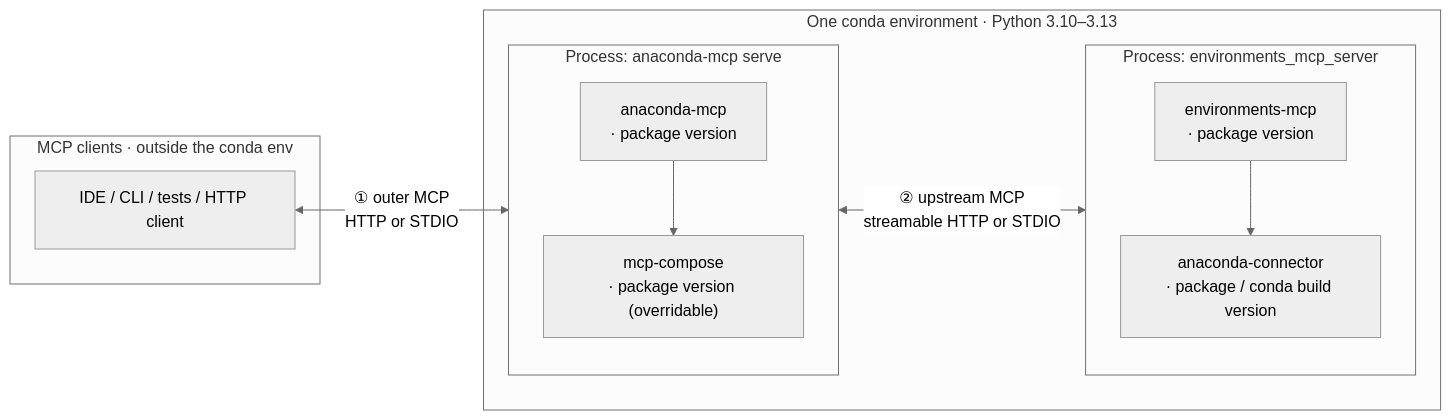
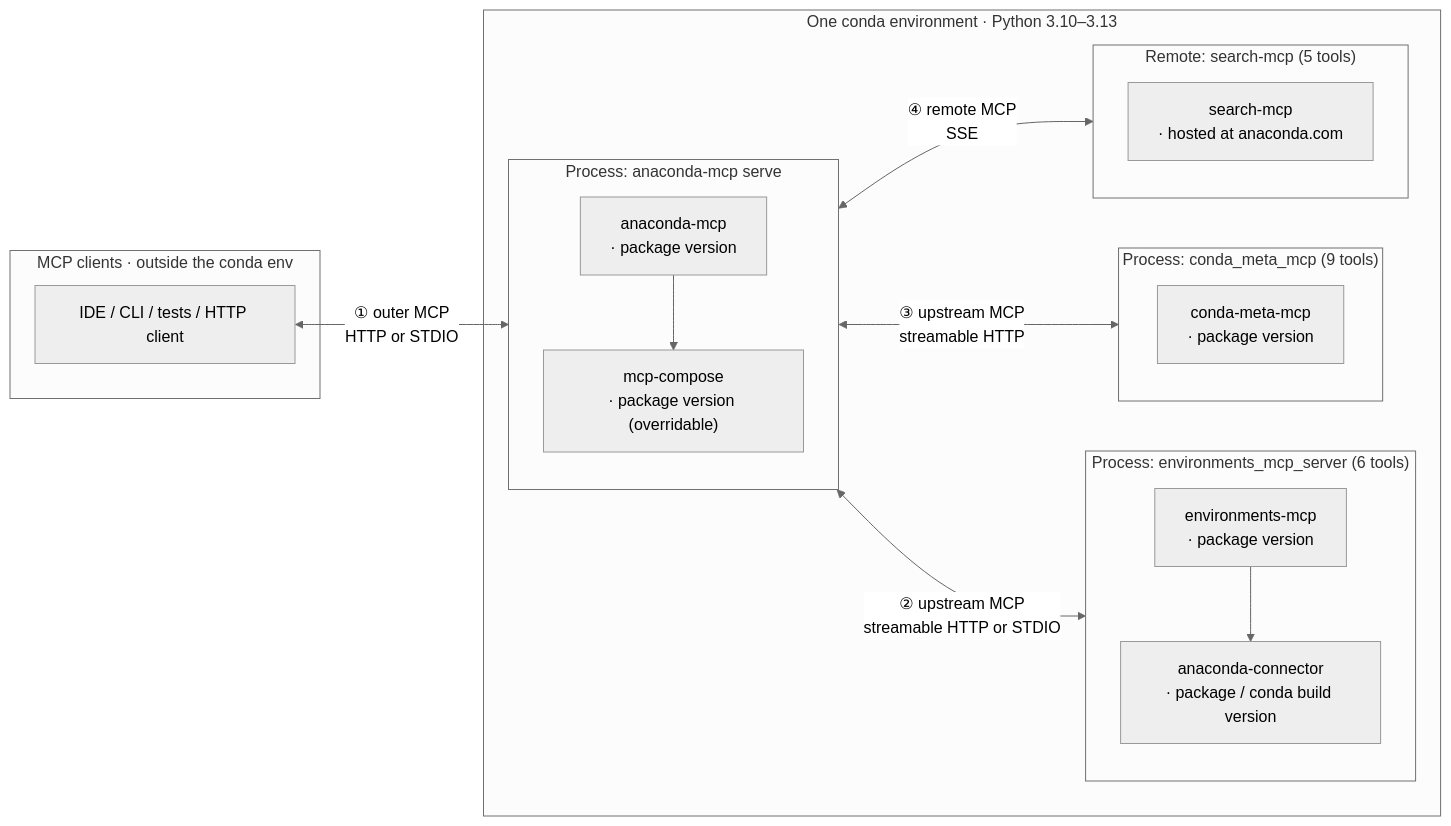
The diagram in tests/qa/mcp_tools/_docs/architecture.md (anaconda/anaconda-mcp), drawn with Mermaid (neutral theme) before and after one commit. The commit also changed other lines of this file and 8 other files, not shown here.

````diff
--- a/tests/qa/mcp_tools/_docs/architecture.md
+++ b/tests/qa/mcp_tools/_docs/architecture.md
@@ -15,26 +15,38 @@
 ```mermaid
 flowchart LR
   subgraph clients["MCP clients  ·  outside the conda env"]
     CL["IDE / CLI / tests / HTTP client"]
   end
 
   subgraph cenv["One conda environment  ·  Python 3.10–3.13"]
     subgraph amp["Process: anaconda-mcp serve"]
       direction TB
       AM["anaconda-mcp<br/>· package version"]
       MC["mcp-compose<br/>· package version (overridable)"]
       AM --> MC
     end
 
-    subgraph ems["Process: environments_mcp_server"]
+    subgraph ems["Process: environments_mcp_server (6 tools)"]
       direction TB
       EM["environments-mcp<br/>· package version"]
       AC["anaconda-connector<br/>· package / conda build version"]
       EM --> AC
     end
 
+    subgraph cmm["Process: conda_meta_mcp (9 tools)"]
+      direction TB
+      CM["conda-meta-mcp<br/>· package version"]
+    end
+
+    subgraph sms["Remote: search-mcp (5 tools)"]
+      direction TB
+      SM["search-mcp<br/>· hosted at anaconda.com"]
+    end
+
     MC <-->|"② upstream MCP<br/>streamable HTTP or STDIO"| EM
+    MC <-->|"③ upstream MCP<br/>streamable HTTP"| CM
+    MC <-->|"④ remote MCP<br/>SSE"| SM
   end
 
   CL <-->|"① outer MCP<br/>HTTP or STDIO"| AM
 ```
````
